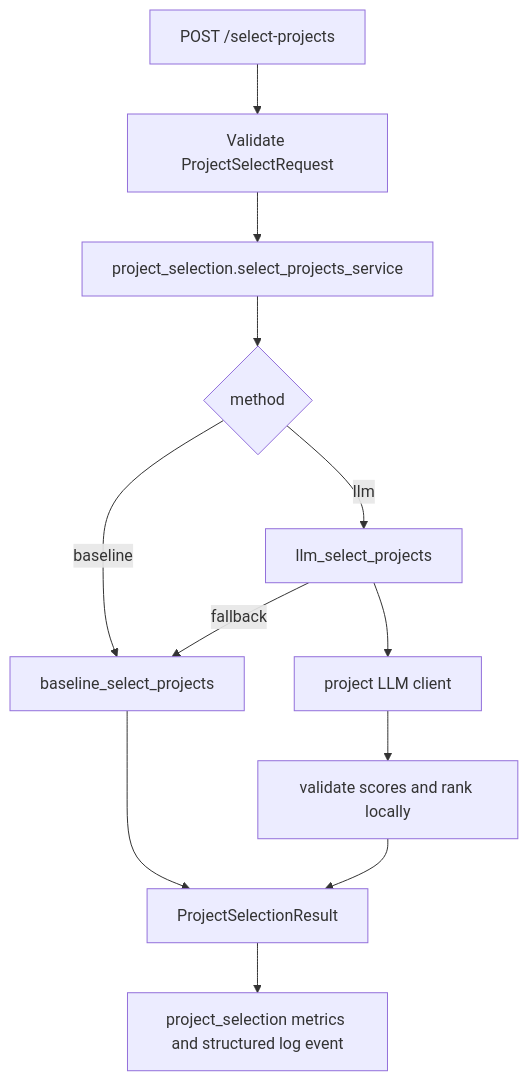
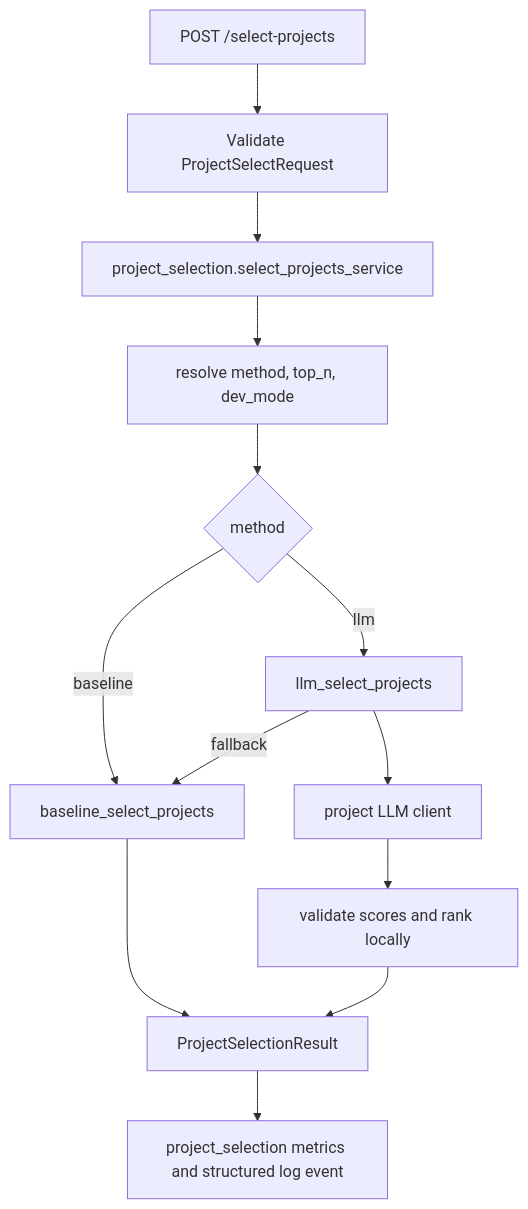
The third of 3 diagrams in docs/architecture-overview.md (namerror/JobForge), drawn with Mermaid before and after one commit. The commit also changed other lines of this file and 24 other files, not shown here.

Commit message:
Update  runtime config - the legacy runtime config for method and top_n are now separate for skill selection and project selection - LLM defaults now split among different subsystems (skill and project)

````diff
--- a/docs/architecture-overview.md
+++ b/docs/architecture-overview.md
@@ -127,14 +127,15 @@
 ```mermaid
 flowchart TD
     A[POST /select-projects] --> B[Validate ProjectSelectRequest]
     B --> C[project_selection.select_projects_service]
-    C --> D{method}
-    D -- baseline --> E[baseline_select_projects]
-    D -- llm --> F[llm_select_projects]
-    F --> G[project LLM client]
-    G --> H[validate scores and rank locally]
-    F -- fallback --> E
-    E --> I[ProjectSelectionResult]
-    H --> I
-    I --> J[project_selection metrics and structured log event]
+    C --> D[resolve method, top_n, dev_mode]
+    D --> E{method}
+    E -- baseline --> F[baseline_select_projects]
+    E -- llm --> G[llm_select_projects]
+    G --> H[project LLM client]
+    H --> I[validate scores and rank locally]
+    G -- fallback --> F
+    F --> J[ProjectSelectionResult]
+    I --> J
+    J --> K[project_selection metrics and structured log event]
 ```
````
